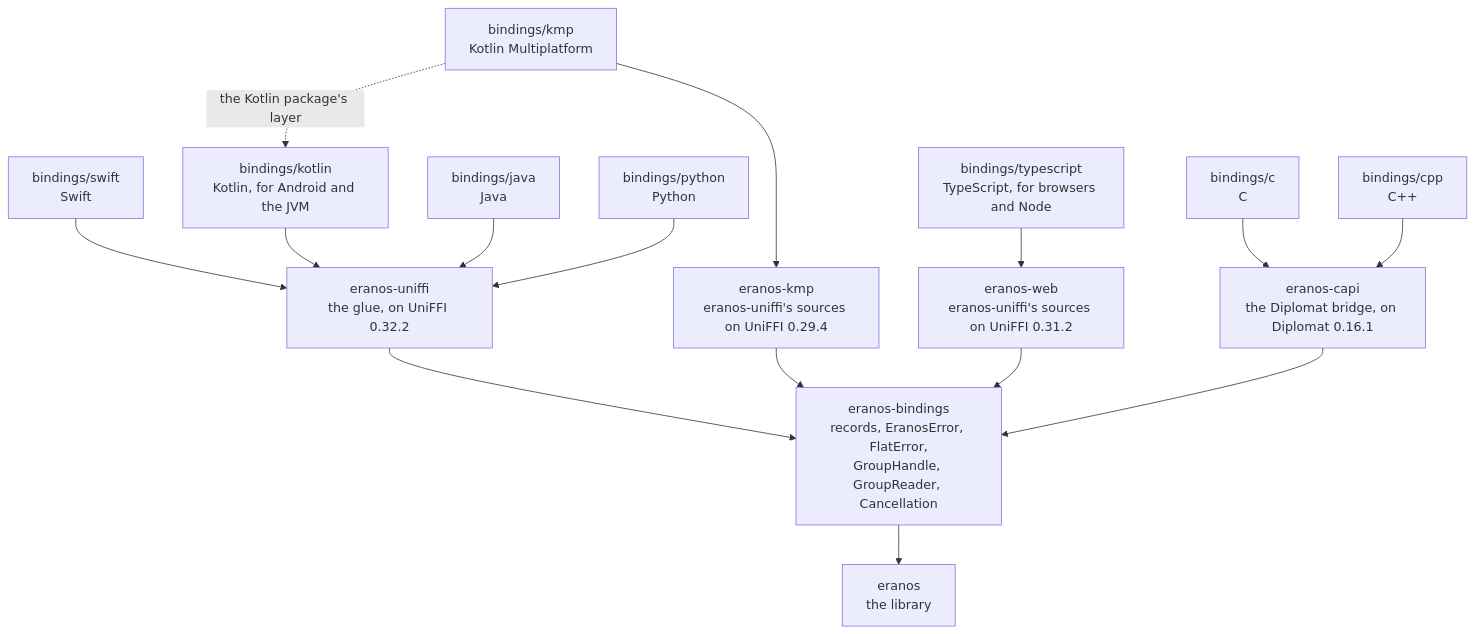
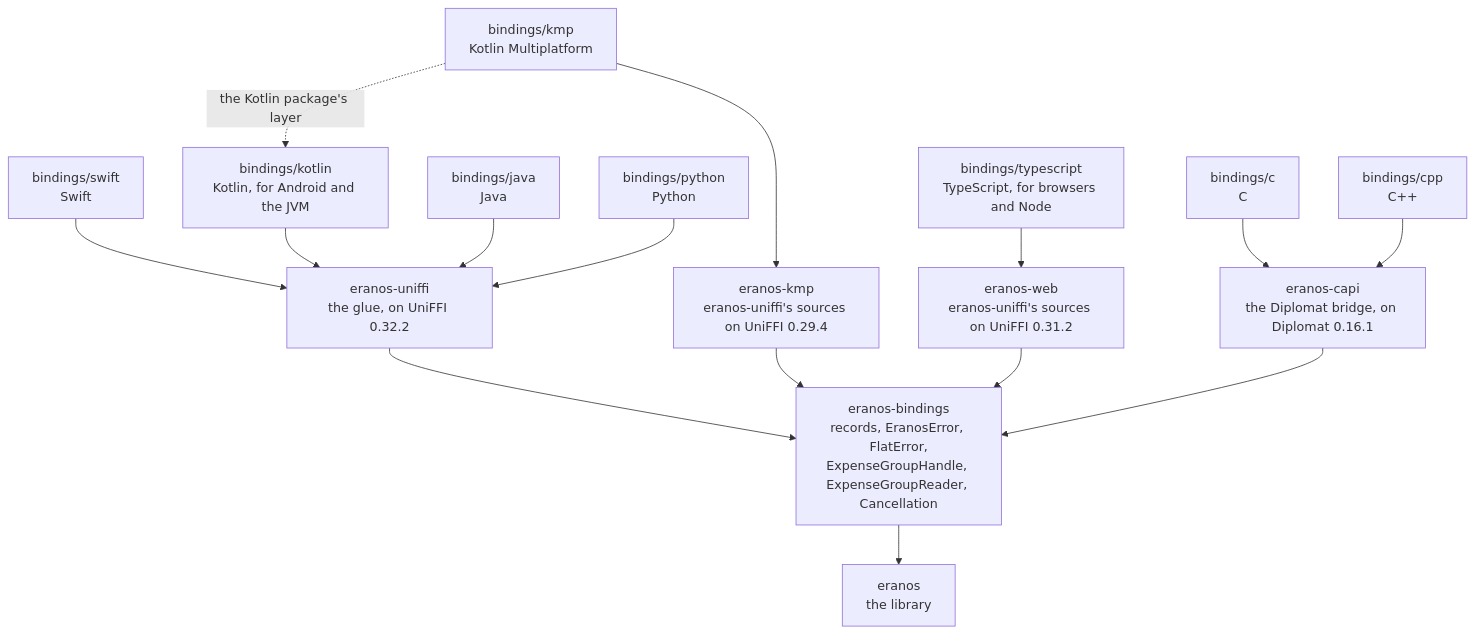
Before and after one commit to cristiancristea00/eranos: the diagram in docs/BINDINGS.md, drawn with Mermaid. The commit also changed other lines of this file and 315 other files, not shown here.

````diff
--- a/docs/BINDINGS.md
+++ b/docs/BINDINGS.md
@@ -56,31 +56,31 @@
 ```mermaid
 flowchart TD
     SWIFT["bindings/swift<br/>Swift"]
     KOTLIN["bindings/kotlin<br/>Kotlin, for Android and the JVM"]
     JAVA["bindings/java<br/>Java"]
     KMPPACKAGE["bindings/kmp<br/>Kotlin Multiplatform"]
     TYPESCRIPT["bindings/typescript<br/>TypeScript, for browsers and Node"]
     C["bindings/c<br/>C"]
     CPP["bindings/cpp<br/>C++"]
     PYTHON["bindings/python<br/>Python"]
     UNIFFI["eranos-uniffi<br/>the glue, on UniFFI 0.32.2"]
     KMP["eranos-kmp<br/>eranos-uniffi's sources on UniFFI 0.29.4"]
     WEB["eranos-web<br/>eranos-uniffi's sources on UniFFI 0.31.2"]
     CAPI["eranos-capi<br/>the Diplomat bridge, on Diplomat 0.16.1"]
-    BINDINGS["eranos-bindings<br/>records, EranosError, FlatError,<br/>GroupHandle, GroupReader, Cancellation"]
+    BINDINGS["eranos-bindings<br/>records, EranosError, FlatError,<br/>ExpenseGroupHandle, ExpenseGroupReader, Cancellation"]
     FACADE["eranos<br/>the library"]
     SWIFT --> UNIFFI
     KOTLIN --> UNIFFI
     JAVA --> UNIFFI
     KMPPACKAGE --> KMP
     KMPPACKAGE -.->|the Kotlin package's layer| KOTLIN
     TYPESCRIPT --> WEB
     C --> CAPI
     CPP --> CAPI
     PYTHON --> UNIFFI
     UNIFFI --> BINDINGS
     KMP --> BINDINGS
     WEB --> BINDINGS
     CAPI --> BINDINGS
     BINDINGS --> FACADE
 ```
````
